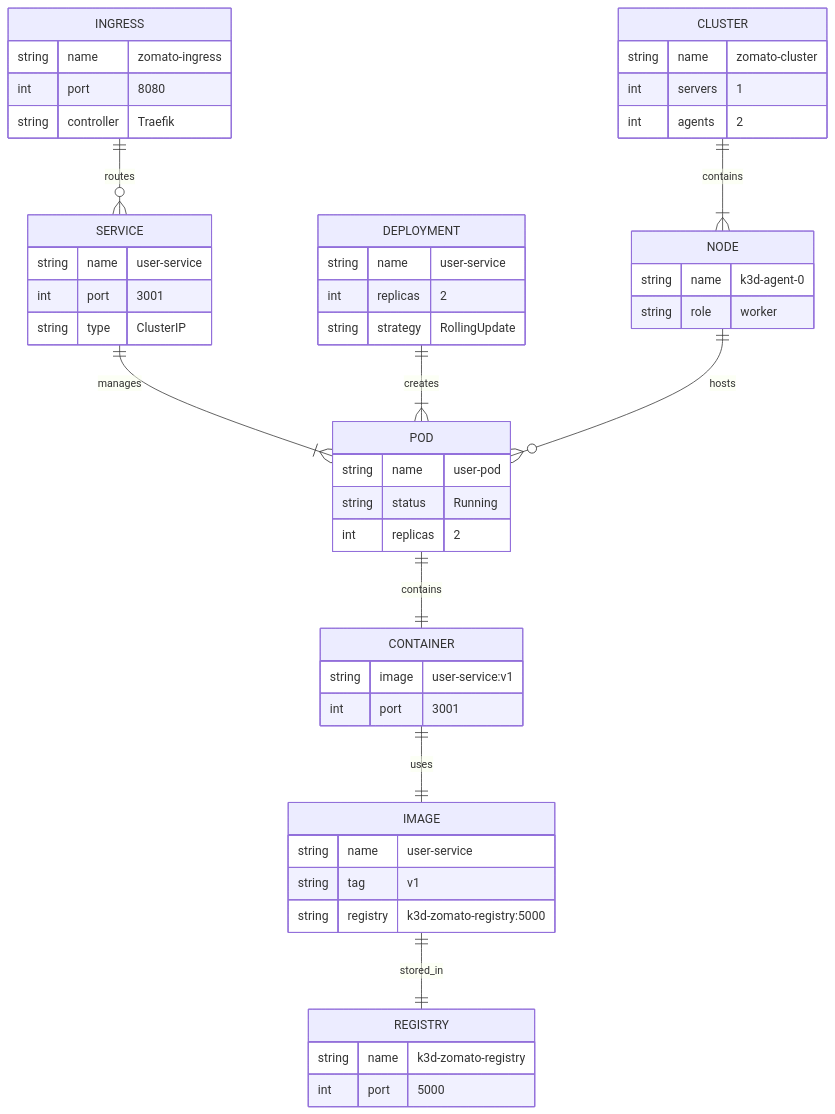
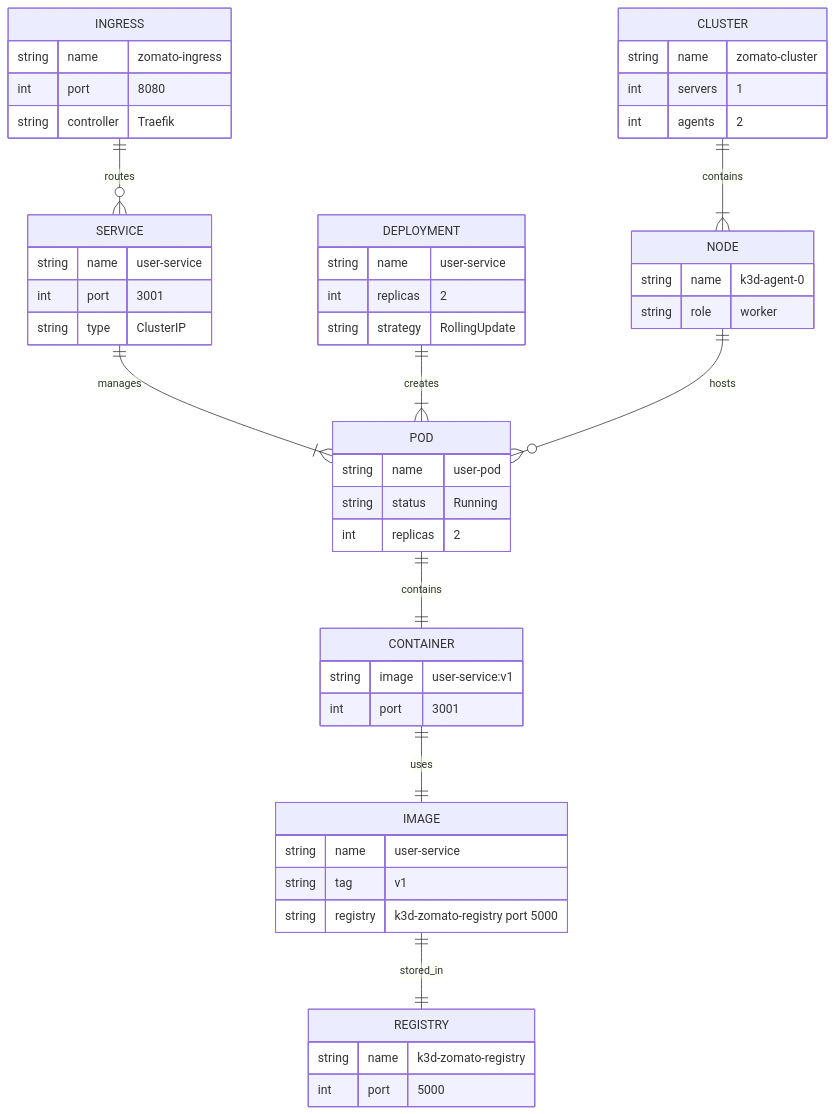
Before and after one commit to auspicious27/devops_masterclass-readmee: the tenth of 21 diagrams in DIAGRAM.md, drawn with Mermaid.

Commit message:
Fix ER diagram: Remove colon from registry value to avoid parsing error

````diff
--- a/DIAGRAM.md
+++ b/DIAGRAM.md
@@ -516,62 +516,62 @@
 ```mermaid
 erDiagram
     INGRESS ||--o{ SERVICE : routes
     SERVICE ||--|{ POD : manages
     DEPLOYMENT ||--|{ POD : creates
     POD ||--|| CONTAINER : contains
     CONTAINER ||--|| IMAGE : uses
     IMAGE ||--|| REGISTRY : stored_in
     NODE ||--o{ POD : hosts
     CLUSTER ||--|{ NODE : contains
     
     INGRESS {
         string name "zomato-ingress"
         int port "8080"
         string controller "Traefik"
     }
     
     SERVICE {
         string name "user-service"
         int port "3001"
         string type "ClusterIP"
     }
     
     POD {
         string name "user-pod"
         string status "Running"
         int replicas "2"
     }
     
     DEPLOYMENT {
         string name "user-service"
         int replicas "2"
         string strategy "RollingUpdate"
     }
     
     CONTAINER {
         string image "user-service:v1"
         int port "3001"
     }
     
     IMAGE {
         string name "user-service"
         string tag "v1"
-        string registry "k3d-zomato-registry:5000"
+        string registry "k3d-zomato-registry port 5000"
     }
     
     REGISTRY {
         string name "k3d-zomato-registry"
         int port "5000"
     }
     
     NODE {
         string name "k3d-agent-0"
         string role "worker"
     }
     
     CLUSTER {
         string name "zomato-cluster"
         int servers "1"
         int agents "2"
     }
 ```
````
